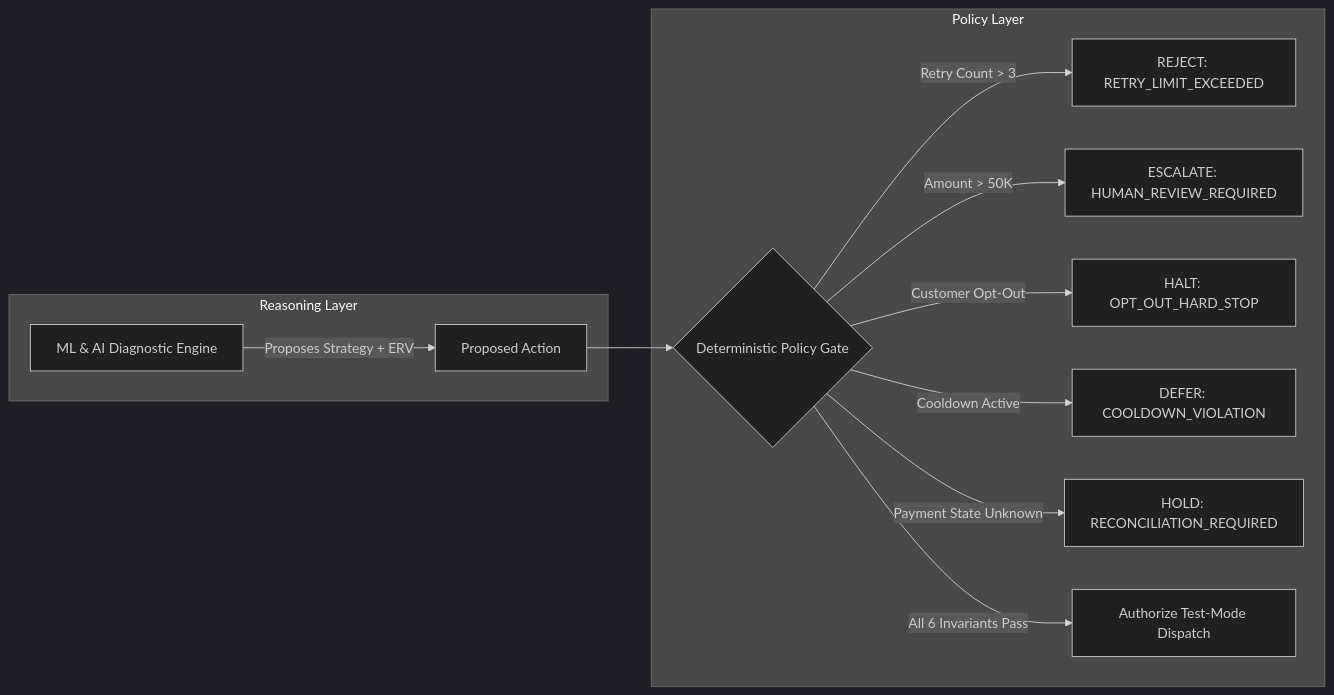
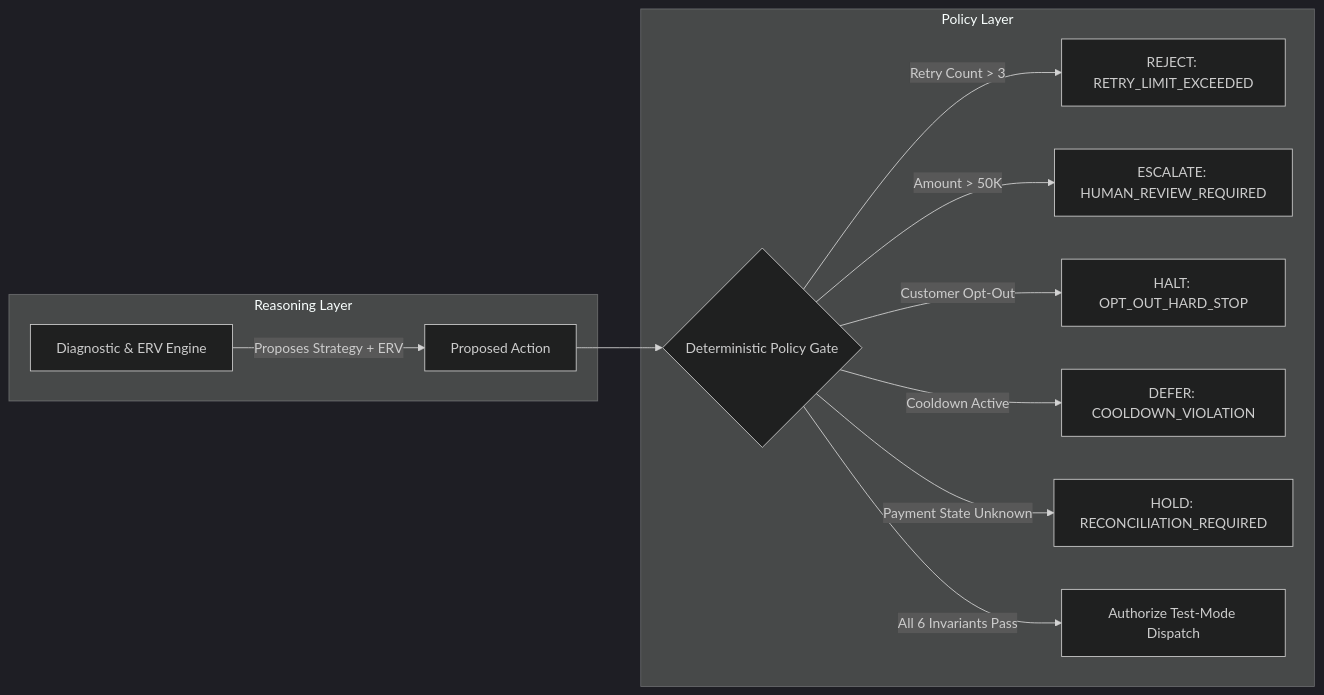
One commit to Vaibhav20k/RACE--Revenue-Adaptive-Control-Engine changed the second of 3 diagrams in README.md. Above: the diagram before and after it, drawn with Mermaid (dark theme). The commit also changed other lines of this file, not shown here.

````diff
--- a/README.md
+++ b/README.md
@@ -105,16 +104,16 @@
 ```mermaid
 flowchart LR
     subgraph Reasoning Layer
-        ML[ML & AI Diagnostic Engine] -->|Proposes Strategy + ERV| Prop[Proposed Action]
+        ML[Diagnostic & ERV Engine] -->|Proposes Strategy + ERV| Prop[Proposed Action]
     end
     
     subgraph Policy Layer
         Prop --> Gate{Deterministic Policy Gate}
         Gate -->|Retry Count > 3| Block1[REJECT: RETRY_LIMIT_EXCEEDED]
         Gate -->|Amount > 50K| Block2[ESCALATE: HUMAN_REVIEW_REQUIRED]
         Gate -->|Customer Opt-Out| Block3[HALT: OPT_OUT_HARD_STOP]
         Gate -->|Cooldown Active| Block4[DEFER: COOLDOWN_VIOLATION]
         Gate -->|Payment State Unknown| Block5[HOLD: RECONCILIATION_REQUIRED]
         Gate -->|All 6 Invariants Pass| Exec[Authorize Test-Mode Dispatch]
     end
 ```
````
